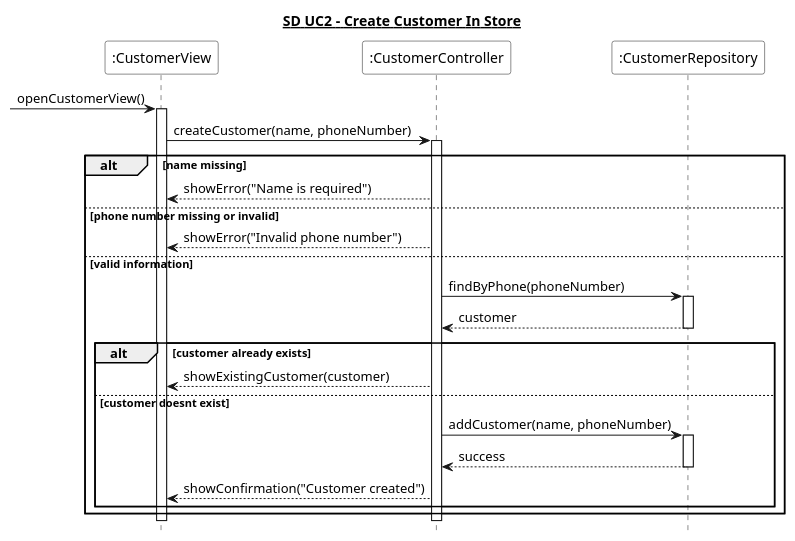
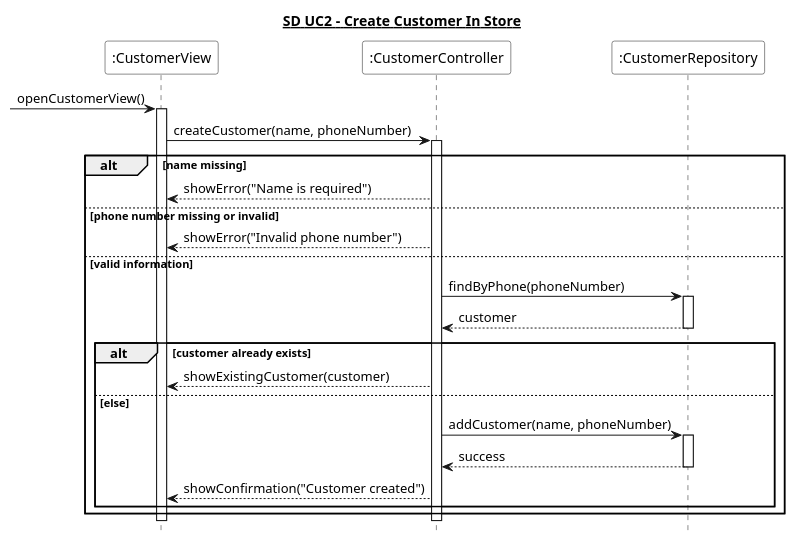
One commit to Zoabz/Getting-Real changed the diagram in 6. Sekvens Diagrammer/UC2_opret_kunde.puml. Above: the diagram before and after it, drawn with PlantUML. The commit also changed 7 other files, not shown here.

```diff
--- a/6. Sekvens Diagrammer/UC2_opret_kunde.puml
+++ b/6. Sekvens Diagrammer/UC2_opret_kunde.puml
@@ -1,43 +1,43 @@
 @startuml
 hide footbox
 title <U>SD UC2 - Create Customer In Store</U>
 
 participant ":CustomerView" as View #White
 participant ":CustomerController" as Controller #White
 participant ":CustomerRepository" as Repository #White
 
 [-> View : openCustomerView()
 activate View
 
 View -> Controller : createCustomer(name, phoneNumber)
 activate Controller
 
 alt name missing
     Controller --> View : showError("Name is required")
 
 else phone number missing or invalid
     Controller --> View : showError("Invalid phone number")
 
 else valid information
     Controller -> Repository : findByPhone(phoneNumber)
     activate Repository
     Repository --> Controller : customer
     deactivate Repository
 
     alt customer already exists
         Controller --> View : showExistingCustomer(customer)
 
-    else customer doesnt exist
+    else else
         Controller -> Repository : addCustomer(name, phoneNumber)
         activate Repository
         Repository --> Controller : success
         deactivate Repository
 
         Controller --> View : showConfirmation("Customer created")
     end
 end
 
 deactivate Controller
 deactivate View
 
 @enduml
```
